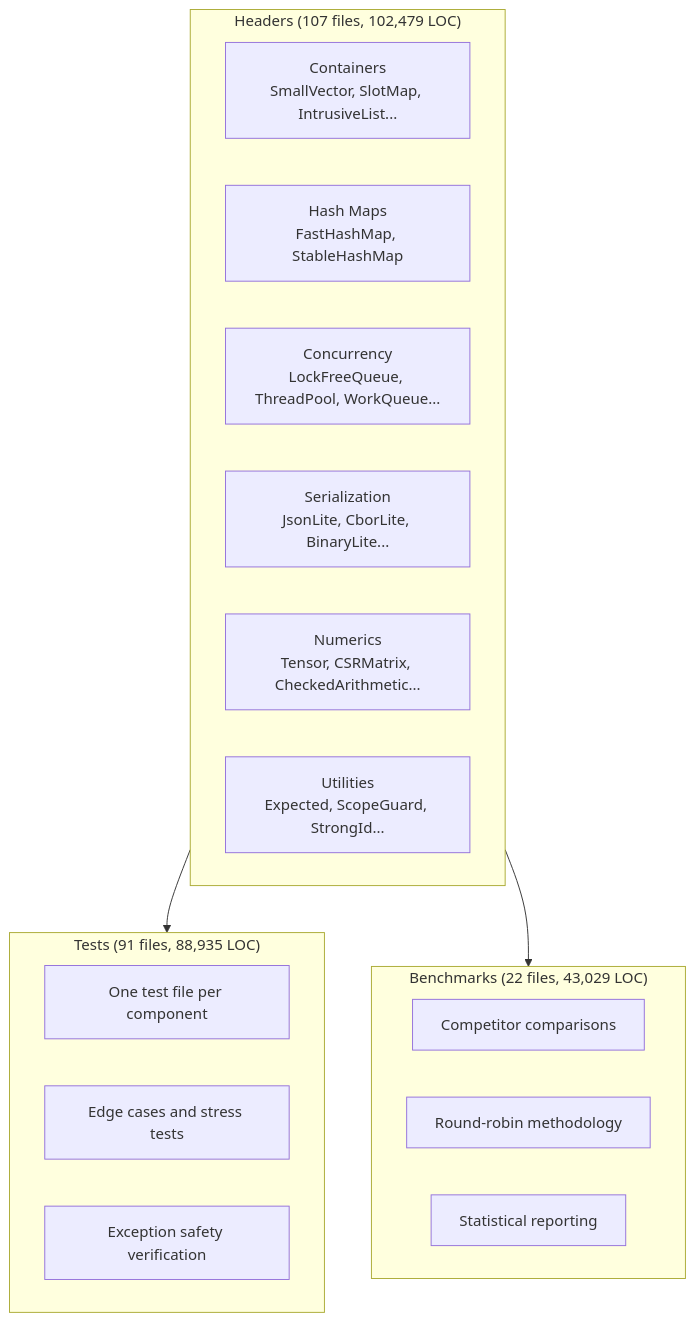
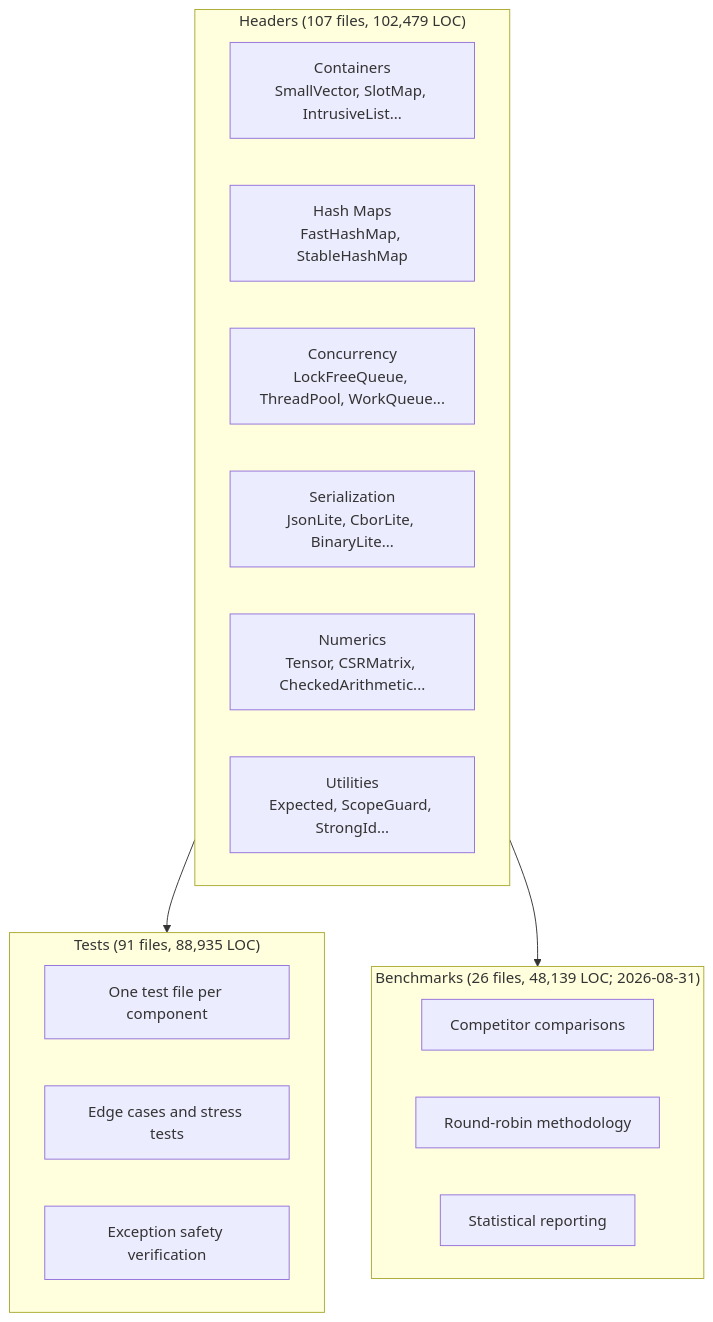
One commit to schroedermatthew/FatP changed diagram 11 of 11 in Read_Me/Fat-P_AI_Collaborative_Development_Methodology.md. Above: the diagram before and after it, drawn with Mermaid. The commit also changed other lines of this file and 26 other files, not shown here.

````diff
--- a/Read_Me/Fat-P_AI_Collaborative_Development_Methodology.md
+++ b/Read_Me/Fat-P_AI_Collaborative_Development_Methodology.md
@@ -767,26 +767,26 @@
 ```mermaid
 flowchart TD
     subgraph Headers["Headers (107 files, 102,479 LOC)"]
         H1[Containers<br/>SmallVector, SlotMap, IntrusiveList...]
         H2[Hash Maps<br/>FastHashMap, StableHashMap]
         H3[Concurrency<br/>LockFreeQueue, ThreadPool, WorkQueue...]
         H4[Serialization<br/>JsonLite, CborLite, BinaryLite...]
         H5[Numerics<br/>Tensor, CSRMatrix, CheckedArithmetic...]
         H6[Utilities<br/>Expected, ScopeGuard, StrongId...]
     end
     
     subgraph Tests["Tests (91 files, 88,935 LOC)"]
         T1[One test file per component]
         T2[Edge cases and stress tests]
         T3[Exception safety verification]
     end
     
-    subgraph Benchmarks["Benchmarks (22 files, 43,029 LOC)"]
+    subgraph Benchmarks["Benchmarks (26 files, 48,139 LOC; 2026-08-31)"]
         B1[Competitor comparisons]
         B2[Round-robin methodology]
         B3[Statistical reporting]
     end
     
     Headers --> Tests
     Headers --> Benchmarks
 ```
````
